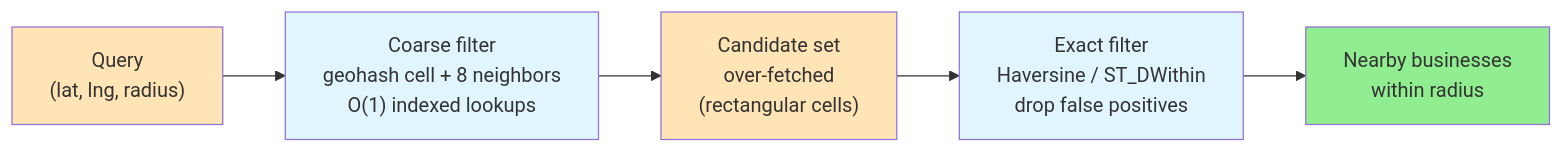
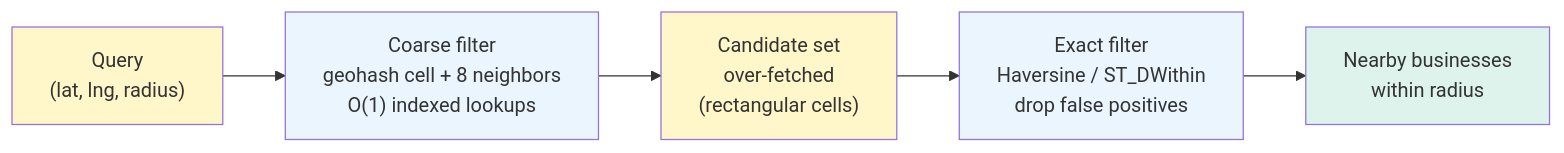
One commit to cartmancodes/InterviewVault changed the fourth of 7 diagrams in LLD/questions/Design Yelp.md. Above: the diagram before and after it, drawn with Mermaid. The commit also changed other lines of this file and 679 other files, not shown here.

Commit message:
Unify content diagrams and add accessible visual walkthroughs

````diff
--- a/LLD/questions/Design Yelp.md
+++ b/LLD/questions/Design Yelp.md
@@ -257,13 +257,13 @@
 ```mermaid
 graph LR
     Q["Query<br/>(lat, lng, radius)"] --> GH["Coarse filter<br/>geohash cell + 8 neighbors<br/>O(1) indexed lookups"]
     GH --> CAND["Candidate set<br/>over-fetched<br/>(rectangular cells)"]
     CAND --> HAV["Exact filter<br/>Haversine / ST_DWithin<br/>drop false positives"]
     HAV --> RES["Nearby businesses<br/>within radius"]
 
-    style Q fill:#FFE4B5
-    style GH fill:#e1f5ff
-    style CAND fill:#FFE4B5
-    style HAV fill:#e1f5ff
-    style RES fill:#90EE90
+    style Q fill:#FFF6C9
+    style GH fill:#EAF5FD
+    style CAND fill:#FFF6C9
+    style HAV fill:#EAF5FD
+    style RES fill:#DDF3EC
 ```
````
